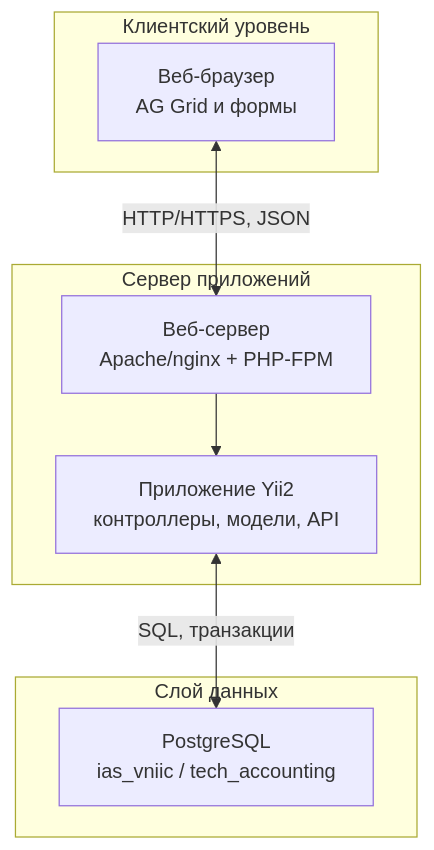
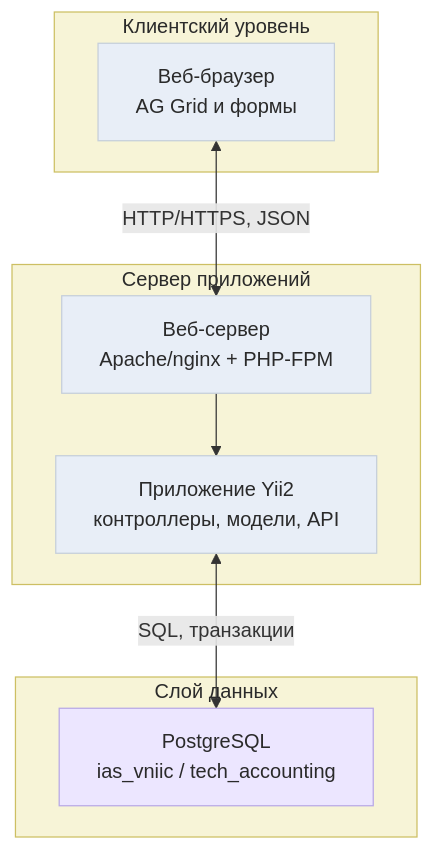
One commit to rrevva1/IAS_VNIIC changed the first of 5 diagrams in docs/vkr/Раздел_2_Архитектурное_проектирование.md. Above: the diagram before and after it, drawn with Mermaid. The commit also changed other lines of this file and 557 other files, not shown here.

````diff
--- a/docs/vkr/Раздел_2_Архитектурное_проектирование.md
+++ b/docs/vkr/Раздел_2_Архитектурное_проектирование.md
@@ -207,16 +672,25 @@
 ```mermaid
-graph TB
+flowchart TB
+  classDef layer fill:#F7F4D7,stroke:#CDBF63,color:#2A2A2A,stroke-width:1px;
+  classDef component fill:#E8EEF7,stroke:#C5CEDA,color:#2A2A2A,stroke-width:1px;
+  classDef datastore fill:#ECE6FF,stroke:#B8A8E6,color:#2A2A2A,stroke-width:1px;
+
   subgraph clientLayer["Клиентский уровень"]
     browser["Веб-браузер<br/>AG Grid и формы"]
   end
   subgraph appLayer["Сервер приложений"]
     webServer["Веб-сервер<br/>Apache/nginx + PHP-FPM"]
     yiiApp["Приложение Yii2<br/>контроллеры, модели, API"]
     webServer --> yiiApp
   end
   subgraph dataLayer["Слой данных"]
     db["PostgreSQL<br/>ias_vniic / tech_accounting"]
   end
+
+  class clientLayer,appLayer,dataLayer layer;
+  class browser,webServer,yiiApp component;
+  class db datastore;
+
   browser <-->|"HTTP/HTTPS, JSON"| webServer
   yiiApp <-->|"SQL, транзакции"| db
 ```
````
